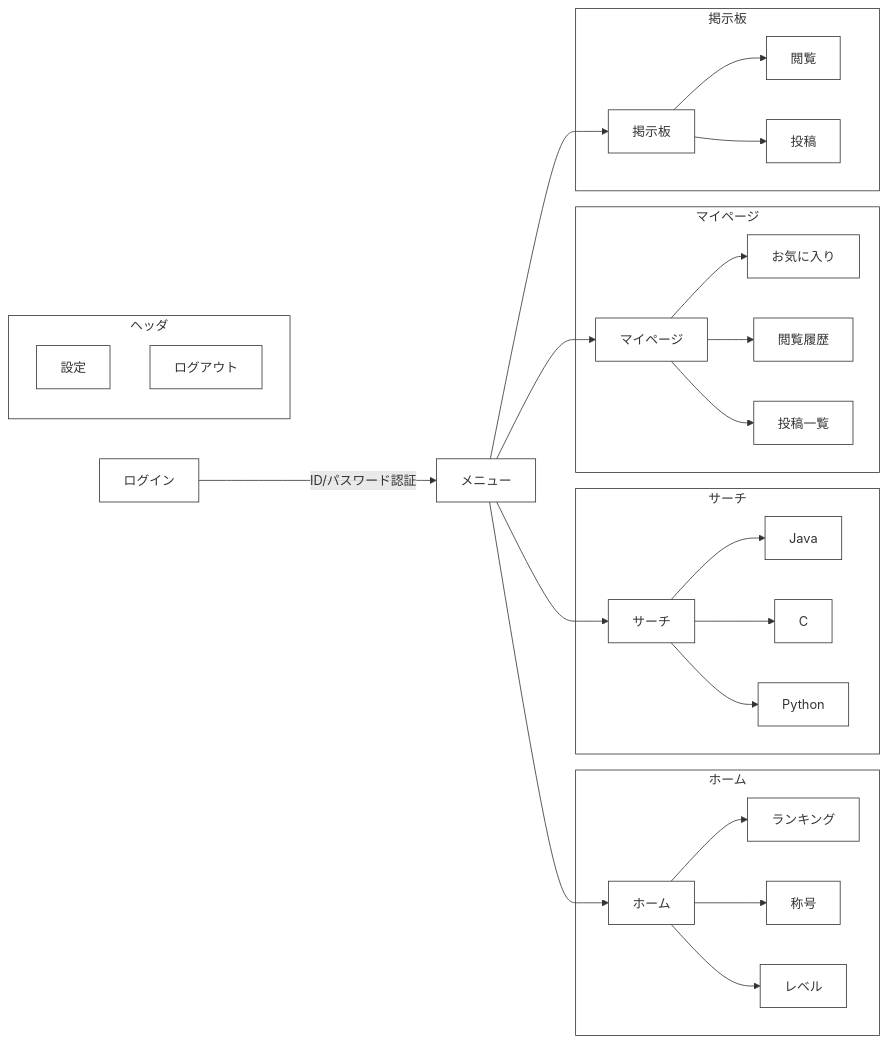
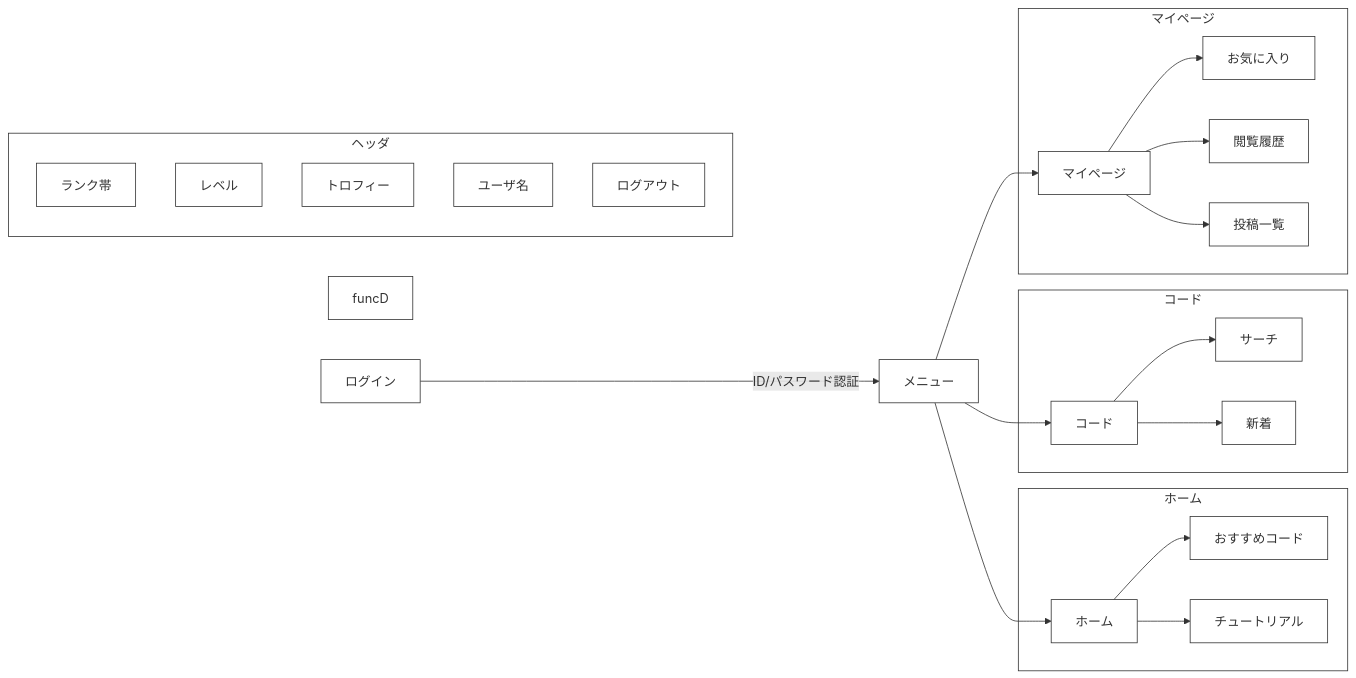
Before and after one commit to KimuraRyunosuke/CodeLeader: the diagram in Flowchart.md, drawn with Mermaid.

Commit message:
Flowchartを更新した

````diff
--- a/Flowchart.md
+++ b/Flowchart.md
@@ -1,45 +1,40 @@
 ```mermaid
     graph LR
 
   classDef default fill: #fff,stroke: #333,stroke-width: 1px;
   style funcA fill: #fff,stroke: #333,stroke-width: 1px;
   style funcB fill: #fff,stroke: #333,stroke-width: 1px;
   style funcC fill: #fff,stroke: #333,stroke-width: 1px;
   style funcD fill: #fff,stroke: #333,stroke-width: 1px;
   style header fill: #fff,stroke: #333,stroke-width: 1px;
 
   ログイン--ID/パスワード認証-->メニュー
 
   メニュー-->ホーム
-  メニュー-->サーチ
+  メニュー-->コード
   メニュー-->マイページ
-  メニュー-->掲示板
 
   subgraph funcA [ホーム]
-    ホーム-->ランキング
-    ホーム-->称号
-    ホーム-->レベル
+    ホーム-->おすすめコード
+    ホーム-->チュートリアル
   end
 
-  subgraph funcB [サーチ]
-    サーチ-->Java
-    サーチ-->C
-    サーチ-->Python
+  subgraph funcB [コード]
+    コード-->サーチ
+    コード-->新着
   end
 
   subgraph funcC [マイページ]
     マイページ-->お気に入り
     マイページ-->閲覧履歴
     マイページ-->投稿一覧
   end
 
-  subgraph funcD [掲示板]
-    掲示板-->閲覧
-    掲示板-->投稿
-  end
-
   subgraph header [ヘッダ]
-    設定
+    ランク帯
+    レベル
+    トロフィー
+    ユーザ名
     ログアウト
   end
 ```
````
